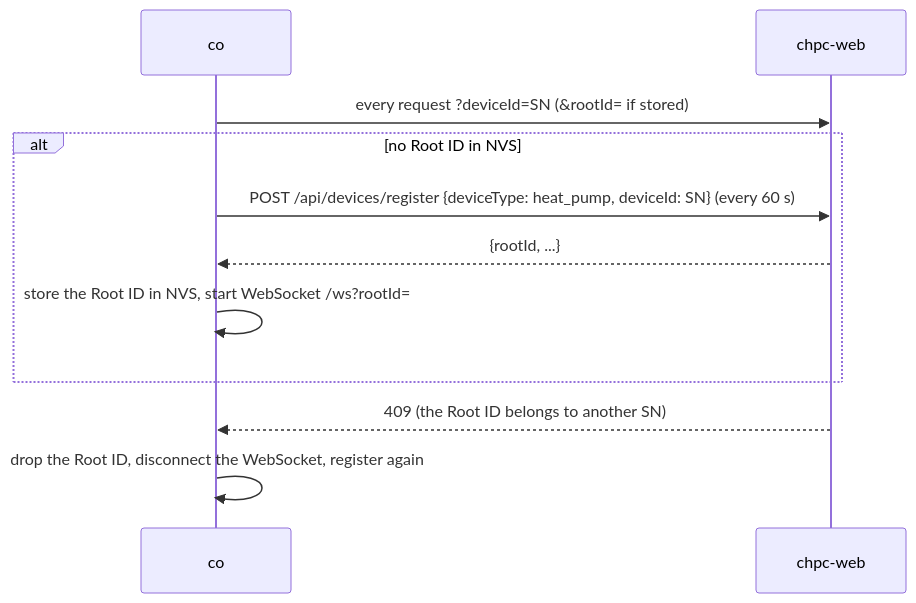
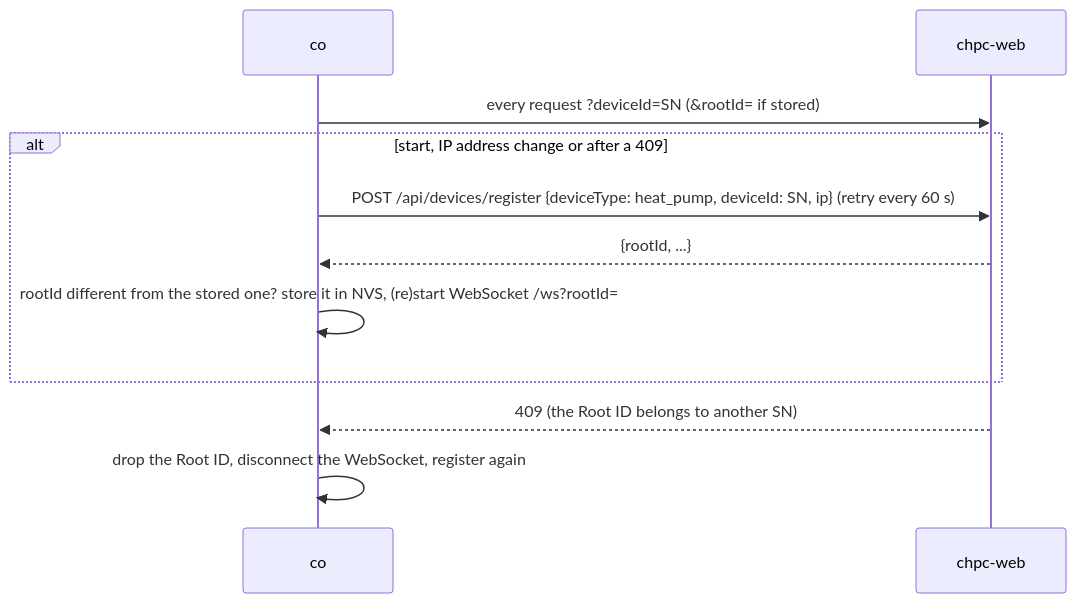
The sixth of 6 diagrams in devices/co/docs/en/2-how-it-works.md (robertorlowski/chpc-web), drawn with Mermaid before and after one commit. The commit also changed other lines of this file and 30 other files, not shown here.

````diff
--- a/devices/co/docs/en/2-how-it-works.md
+++ b/devices/co/docs/en/2-how-it-works.md
@@ -137,13 +137,13 @@
 ```mermaid
 sequenceDiagram
     participant C as co
     participant S as chpc-web
     C->>S: every request ?deviceId=SN (&rootId= if stored)
-    alt no Root ID in NVS
-        C->>S: POST /api/devices/register {deviceType: heat_pump, deviceId: SN} (every 60 s)
+    alt start, IP address change or after a 409
+        C->>S: POST /api/devices/register {deviceType: heat_pump, deviceId: SN, ip} (retry every 60 s)
         S-->>C: {rootId, ...}
-        C->>C: store the Root ID in NVS, start WebSocket /ws?rootId=
+        C->>C: rootId different from the stored one? store it in NVS, (re)start WebSocket /ws?rootId=
     end
     S-->>C: 409 (the Root ID belongs to another SN)
     C->>C: drop the Root ID, disconnect the WebSocket, register again
 ```
````
